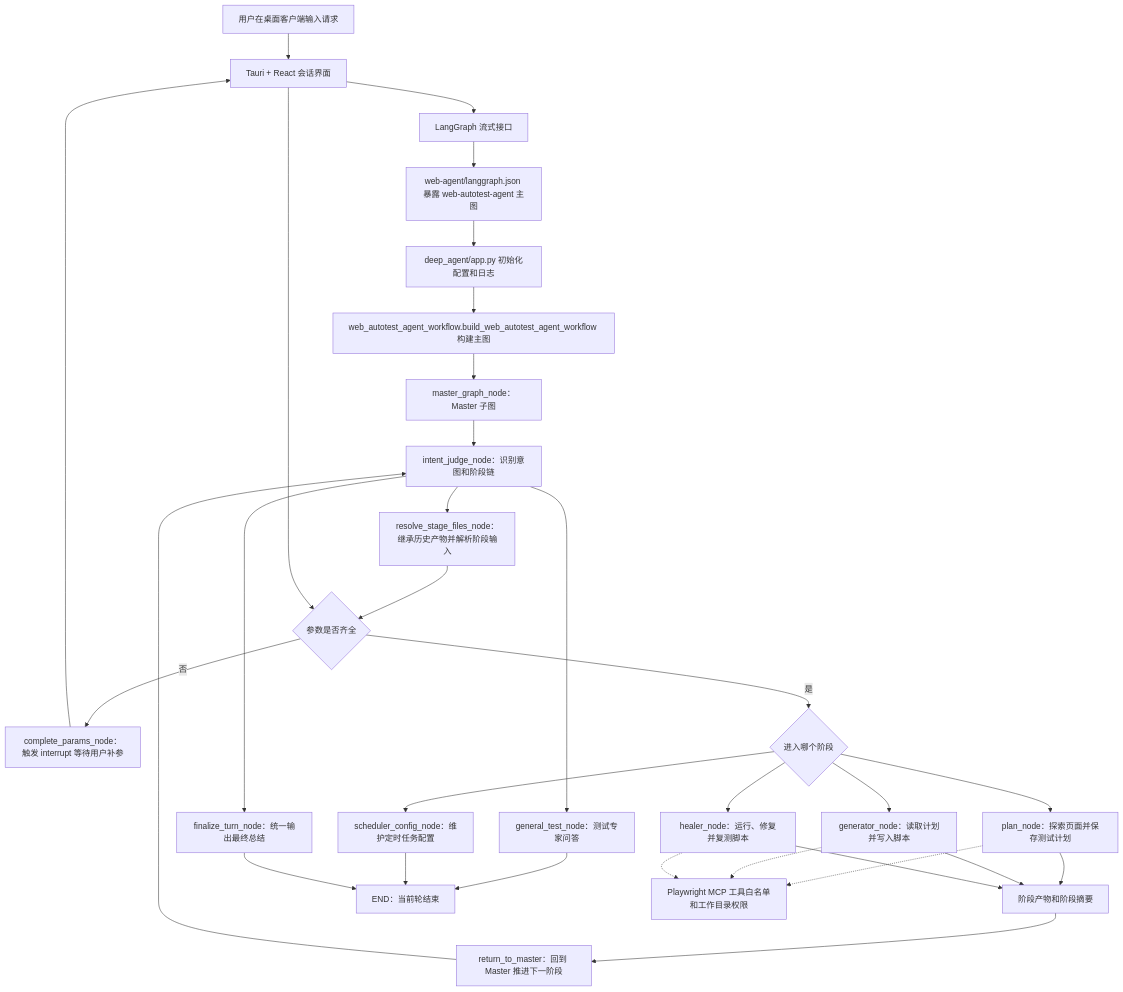
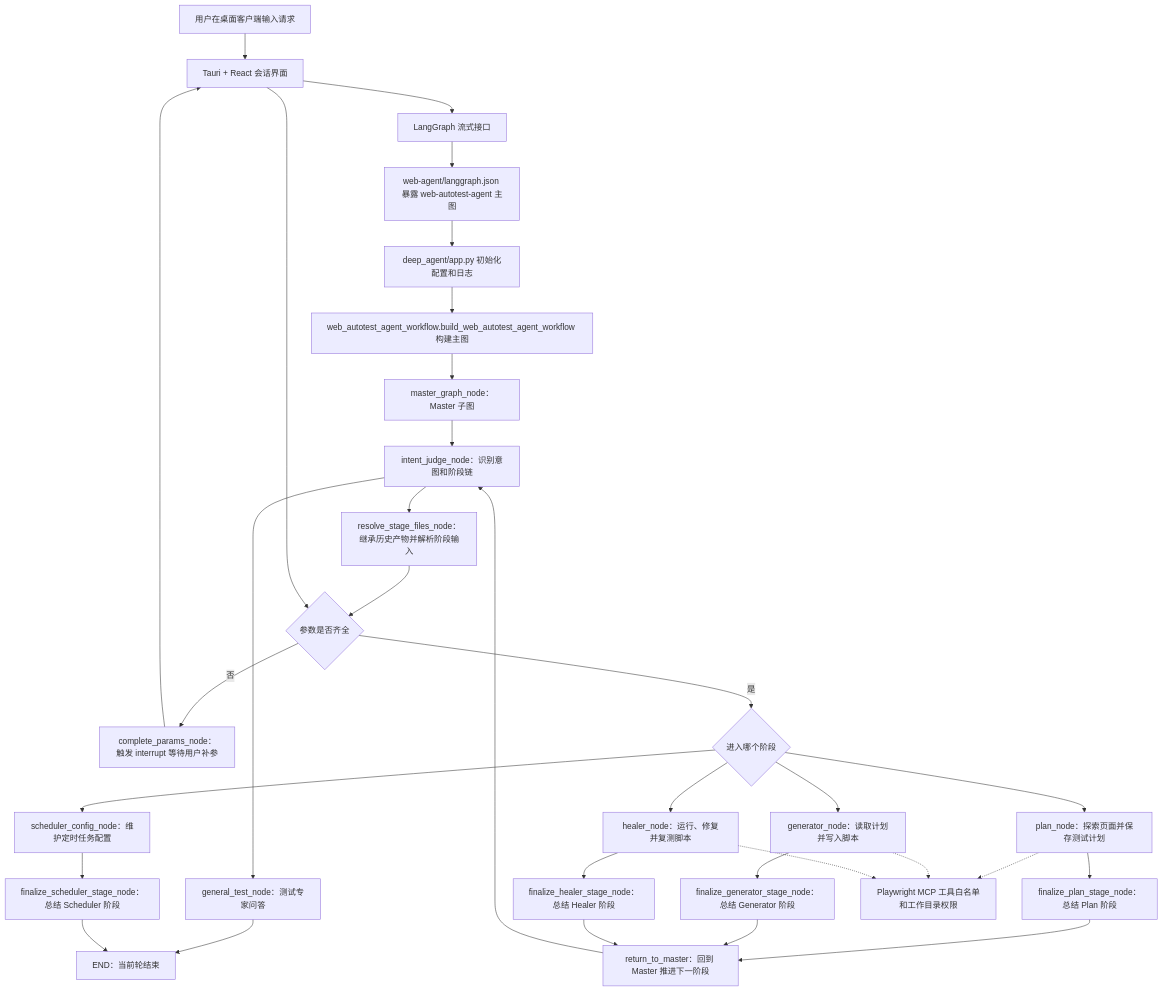
One commit to gene518/web-test-agent changed the diagram in README.md. Above: the diagram before and after it, drawn with Mermaid. The commit also changed other lines of this file and 84 other files, not shown here.

````diff
--- a/README.md
+++ b/README.md
@@ -153,38 +155,39 @@
 ```mermaid
 flowchart TD
     用户["用户在桌面客户端输入请求"] --> 客户端["Tauri + React 会话界面"]
     客户端 --> 流式连接["LangGraph 流式接口"]
     流式连接 --> 入口["web-agent/langgraph.json 暴露 web-autotest-agent 主图"]
     入口 --> 应用入口["deep_agent/app.py 初始化配置和日志"]
     应用入口 --> 主图["web_autotest_agent_workflow.build_web_autotest_agent_workflow 构建主图"]
 
     主图 --> 主控子图["master_graph_node：Master 子图"]
     主控子图 --> 意图判断["intent_judge_node：识别意图和阶段链"]
     意图判断 --> 文件解析["resolve_stage_files_node：继承历史产物并解析阶段输入"]
     文件解析 --> 参数补全{"参数是否齐全"}
     参数补全 -- 否 --> 中断["complete_params_node：触发 interrupt 等待用户补参"]
     中断 --> 客户端
     客户端 --> 参数补全
     参数补全 -- 是 --> 阶段路由{"进入哪个阶段"}
 
     阶段路由 --> 计划["plan_node：探索页面并保存测试计划"]
     阶段路由 --> 生成["generator_node：读取计划并写入脚本"]
     阶段路由 --> 修复["healer_node：运行、修复并复测脚本"]
     阶段路由 --> 定时["scheduler_config_node：维护定时任务配置"]
     意图判断 --> 普通问答["general_test_node：测试专家问答"]
 
-    计划 --> 产物["阶段产物和阶段摘要"]
-    生成 --> 产物
-    修复 --> 产物
-    产物 --> 回流["return_to_master：回到 Master 推进下一阶段"]
+    计划 --> 计划收尾["finalize_plan_stage_node：总结 Plan 阶段"]
+    生成 --> 生成收尾["finalize_generator_stage_node：总结 Generator 阶段"]
+    修复 --> 修复收尾["finalize_healer_stage_node：总结 Healer 阶段"]
+    定时 --> 定时收尾["finalize_scheduler_stage_node：总结 Scheduler 阶段"]
+    计划收尾 --> 回流["return_to_master：回到 Master 推进下一阶段"]
+    生成收尾 --> 回流
+    修复收尾 --> 回流
     回流 --> 意图判断
 
     普通问答 --> 结束["END：当前轮结束"]
-    定时 --> 结束
-    意图判断 --> 最终汇总["finalize_turn_node：统一输出最终总结"]
-    最终汇总 --> 结束
+    定时收尾 --> 结束
 
     计划 -.-> 工具["Playwright MCP 工具白名单和工作目录权限"]
     生成 -.-> 工具
     修复 -.-> 工具
 ```
````
